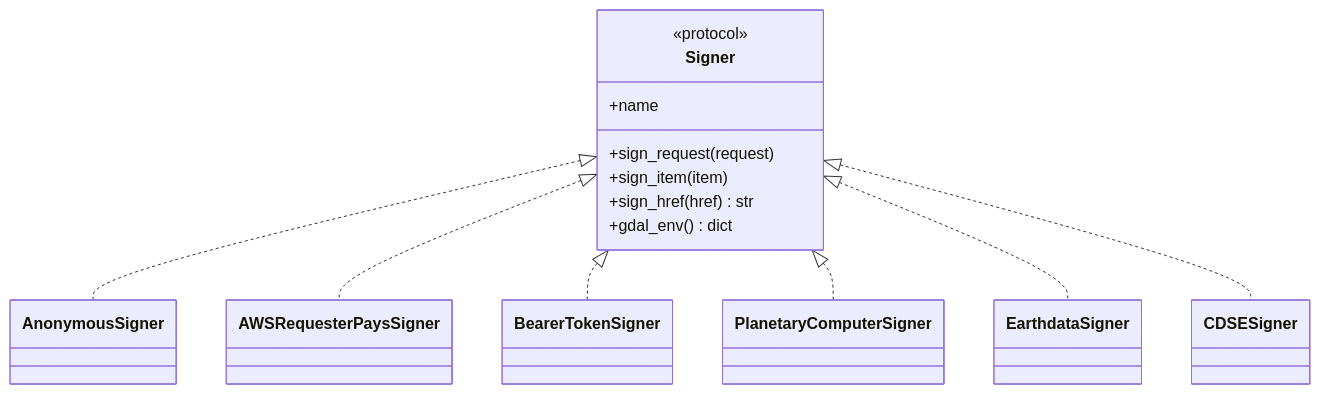
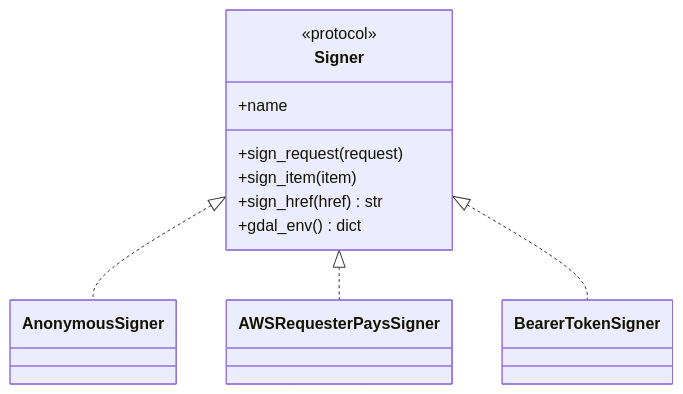
Before and after one commit to serapeum-org/pyramids: the diagram in docs/reference/stac/index.md, drawn with Mermaid. The commit also changed other lines of this file and 27 other files, not shown here.

````diff
--- a/docs/reference/stac/index.md
+++ b/docs/reference/stac/index.md
@@ -13,23 +13,17 @@
 ```mermaid
 classDiagram
     class Signer {
         <<protocol>>
         +name
         +sign_request(request)
         +sign_item(item)
         +sign_href(href) str
         +gdal_env() dict
     }
     class AnonymousSigner
     class AWSRequesterPaysSigner
     class BearerTokenSigner
-    class PlanetaryComputerSigner
-    class EarthdataSigner
-    class CDSESigner
     Signer <|.. AnonymousSigner
     Signer <|.. AWSRequesterPaysSigner
     Signer <|.. BearerTokenSigner
-    Signer <|.. PlanetaryComputerSigner
-    Signer <|.. EarthdataSigner
-    Signer <|.. CDSESigner
 ```
````
